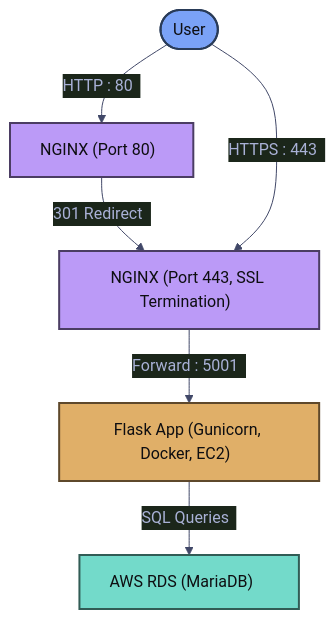
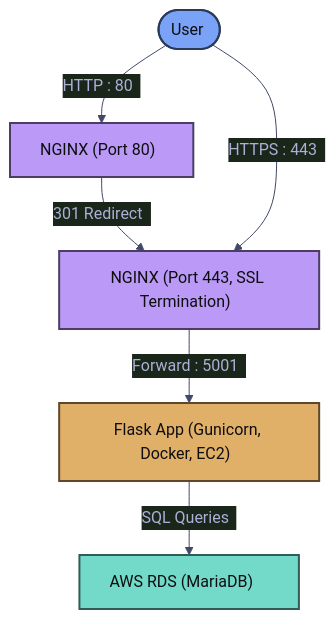
One commit to kanishkdhebana/StudentManagementSystem changed the diagram in README.md. Above: the diagram before and after it, drawn with Mermaid.

````diff
--- a/README.md
+++ b/README.md
@@ -19,40 +19,40 @@
 ```mermaid
 %%{
   init: {
     'theme': 'base',
     'themeVariables': {
       'background': '#1a1b26',
       'primaryColor': '#1a1b26',
       'primaryTextColor': '#a9b1d6',
       'primaryBorderColor': '#414868',
       'lineColor': '#414868',
       'fontFamily': 'sans-serif',
       'fontSize': '16px'
     }
   }
 }%%
 graph TD
     %% Node Definitions (with trailing spaces for padding)
-    User([User ]) -->|HTTP : 80 &nbsp;| Nginx80["NGINX (Port 80) &nbsp;"]
+    User([User&nbsp;]) -->|HTTP : 80 &nbsp;| Nginx80["NGINX (Port 80) &nbsp;"]
     Nginx80 -->|301 Redirect &nbsp;| Nginx443["NGINX (Port 443, SSL Termination) &nbsp;"]
-    User -->|HTTPS : 443 &nbsp;| Nginx443
+    User  -->|HTTPS : 443 &nbsp;| Nginx443
 
     %% Reverse Proxy Link
     Nginx443 -->|Forward : 5001 &nbsp;| FlaskApp["Flask App (Gunicorn, Docker, EC2) &nbsp;"]
 
     %% DB Communication Link
     FlaskApp -->|SQL Queries &nbsp;| RDS["AWS RDS (MariaDB) &nbsp; &nbsp;"]
 
     %% Styling with Classes for a handcrafted, dark-theme look
     classDef user fill:#7aa2f7,stroke:#293b58,stroke-width:2px,color:#0e0e11
     classDef proxy fill:#bb9af7,stroke:#4b3d63,stroke-width:2px,color:#0e0e11
     classDef application fill:#e0af68,stroke:#5e482b,stroke-width:2px,color:#0e0e11
     classDef database fill:#73daca,stroke:#315c55,stroke-width:2px,color:#0e0e11
 
     %% Apply Classes to Nodes
     class User user
     class Nginx80,Nginx443 proxy
     class FlaskApp application
     class RDS database
 
 ```
````
